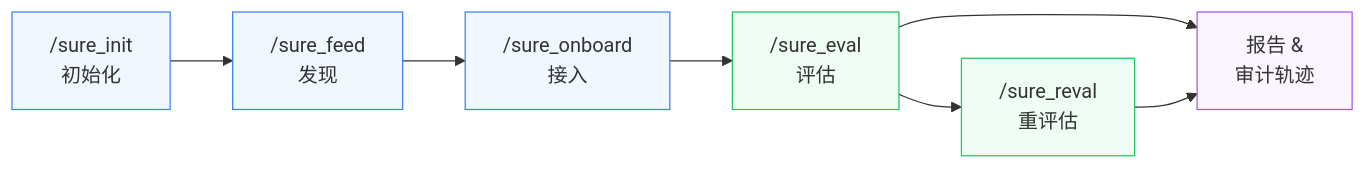
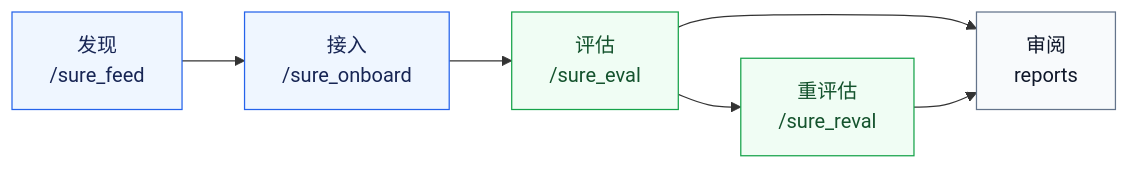
Before and after one commit to PigeonDan1/sure: the diagram in README_ZH.md, drawn with Mermaid. The commit also changed other lines of this file and 9 other files, not shown here.

````diff
--- a/README_ZH.md
+++ b/README_ZH.md
@@ -28,16 +25,15 @@
 ```mermaid
 flowchart LR
-    Init["/sure_init<br/>初始化"] --> Feed["/sure_feed<br/>发现"]
-    Feed --> Onboard["/sure_onboard<br/>接入"]
-    Onboard --> Eval["/sure_eval<br/>评估"]
-    Eval --> Reval["/sure_reval<br/>重评估"]
-    Eval --> Artifacts["报告 &<br/>审计轨迹"]
-    Reval --> Artifacts
+    Feed["发现<br/>/sure_feed"] --> Onboard["接入<br/>/sure_onboard"]
+    Onboard --> Eval["评估<br/>/sure_eval"]
+    Eval --> Reval["重评估<br/>/sure_reval"]
+    Eval --> Review["审阅<br/>reports"]
+    Reval --> Review
 
-    style Init fill:#f0f7ff,stroke:#3b82f6
-    style Feed fill:#f0f7ff,stroke:#3b82f6
-    style Onboard fill:#f0f7ff,stroke:#3b82f6
-    style Eval fill:#f0fdf4,stroke:#22c55e
-    style Reval fill:#f0fdf4,stroke:#22c55e
-    style Artifacts fill:#faf5ff,stroke:#a855f7
+    classDef input fill:#eff6ff,stroke:#2563eb,color:#172554
+    classDef run fill:#f0fdf4,stroke:#16a34a,color:#14532d
+    classDef report fill:#f8fafc,stroke:#64748b,color:#0f172a
+    class Feed,Onboard input
+    class Eval,Reval run
+    class Review report
 ```
````
